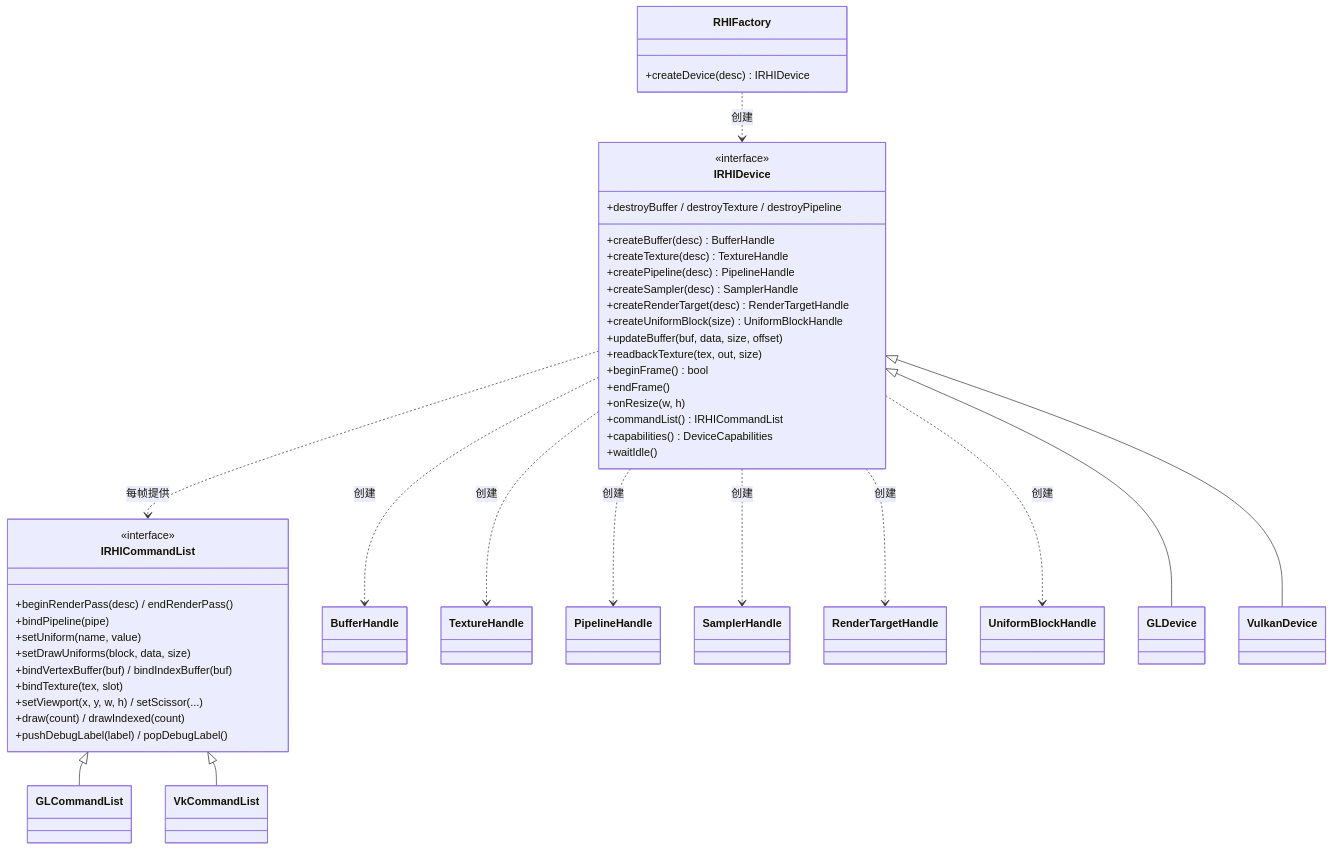
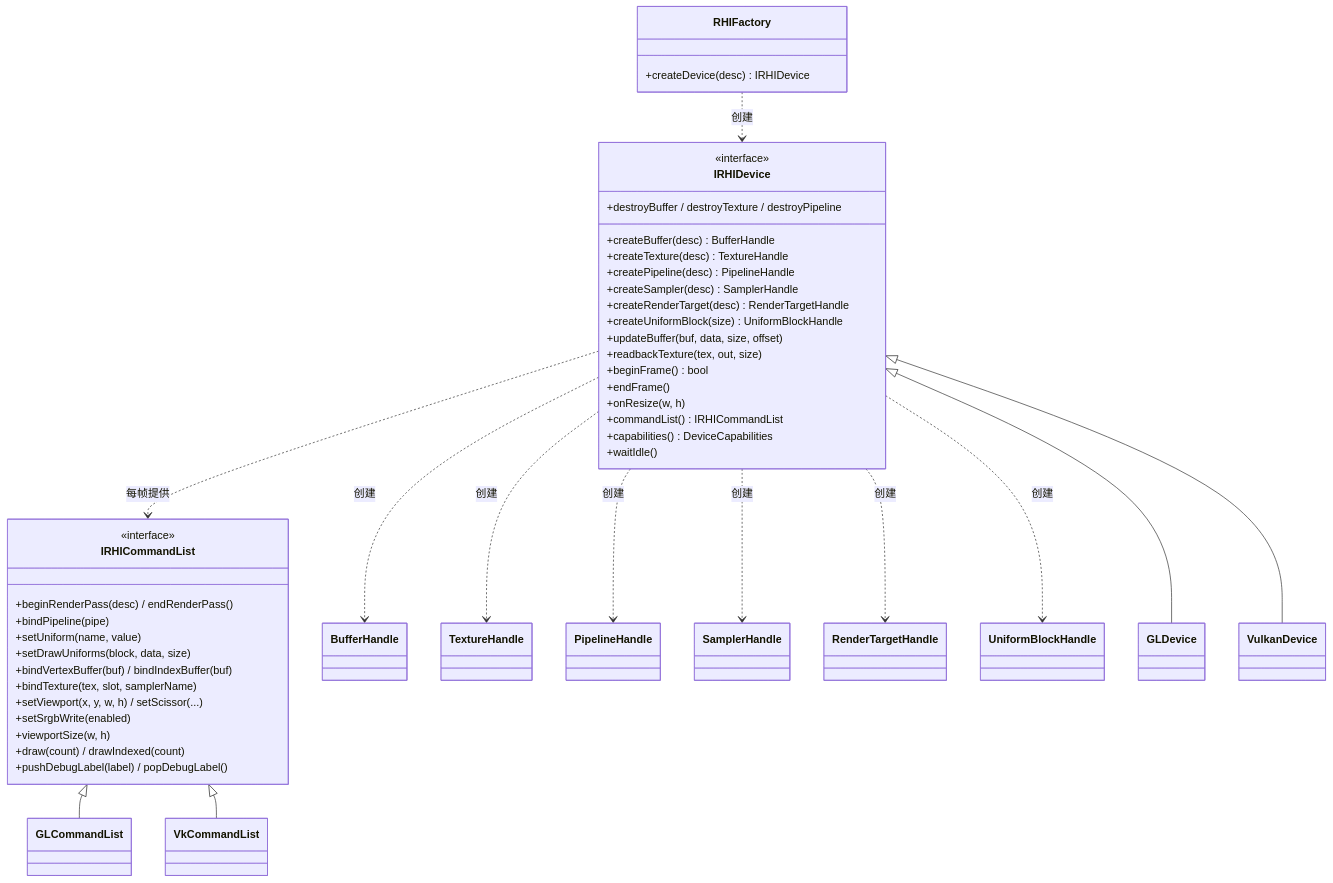
The first of 6 diagrams in docs/2-类设计与时序图.md (tangzheheshui/cmake_opengl_glfw_imgui), drawn with Mermaid before and after one commit. The commit also changed other lines of this file and 5 other files, not shown here.

````diff
--- a/docs/2-类设计与时序图.md
+++ b/docs/2-类设计与时序图.md
@@ -7,59 +7,61 @@
 ```mermaid
 classDiagram
     class IRHIDevice {
         <<interface>>
         +createBuffer(desc) BufferHandle
         +createTexture(desc) TextureHandle
         +createPipeline(desc) PipelineHandle
         +createSampler(desc) SamplerHandle
         +createRenderTarget(desc) RenderTargetHandle
         +createUniformBlock(size) UniformBlockHandle
         +updateBuffer(buf, data, size, offset)
         +readbackTexture(tex, out, size)
         +destroyBuffer / destroyTexture / destroyPipeline
         +beginFrame() bool
         +endFrame()
         +onResize(w, h)
         +commandList() IRHICommandList
         +capabilities() DeviceCapabilities
         +waitIdle()
     }
     class IRHICommandList {
         <<interface>>
         +beginRenderPass(desc) / endRenderPass()
         +bindPipeline(pipe)
         +setUniform(name, value)
         +setDrawUniforms(block, data, size)
         +bindVertexBuffer(buf) / bindIndexBuffer(buf)
-        +bindTexture(tex, slot)
+        +bindTexture(tex, slot, samplerName)
         +setViewport(x, y, w, h) / setScissor(...)
+        +setSrgbWrite(enabled)
+        +viewportSize(w, h)
         +draw(count) / drawIndexed(count)
         +pushDebugLabel(label) / popDebugLabel()
     }
     class RHIFactory {
         +createDevice(desc) IRHIDevice
     }
     class BufferHandle
     class TextureHandle
     class PipelineHandle
     class SamplerHandle
     class RenderTargetHandle
     class UniformBlockHandle
     class GLDevice
     class GLCommandList
     class VulkanDevice
     class VkCommandList
 
     IRHIDevice <|-- GLDevice
     IRHIDevice <|-- VulkanDevice
     IRHICommandList <|-- GLCommandList
     IRHICommandList <|-- VkCommandList
     RHIFactory ..> IRHIDevice : 创建
     IRHIDevice ..> IRHICommandList : 每帧提供
     IRHIDevice ..> BufferHandle : 创建
     IRHIDevice ..> TextureHandle : 创建
     IRHIDevice ..> PipelineHandle : 创建
     IRHIDevice ..> SamplerHandle : 创建
     IRHIDevice ..> RenderTargetHandle : 创建
     IRHIDevice ..> UniformBlockHandle : 创建
 ```
````
